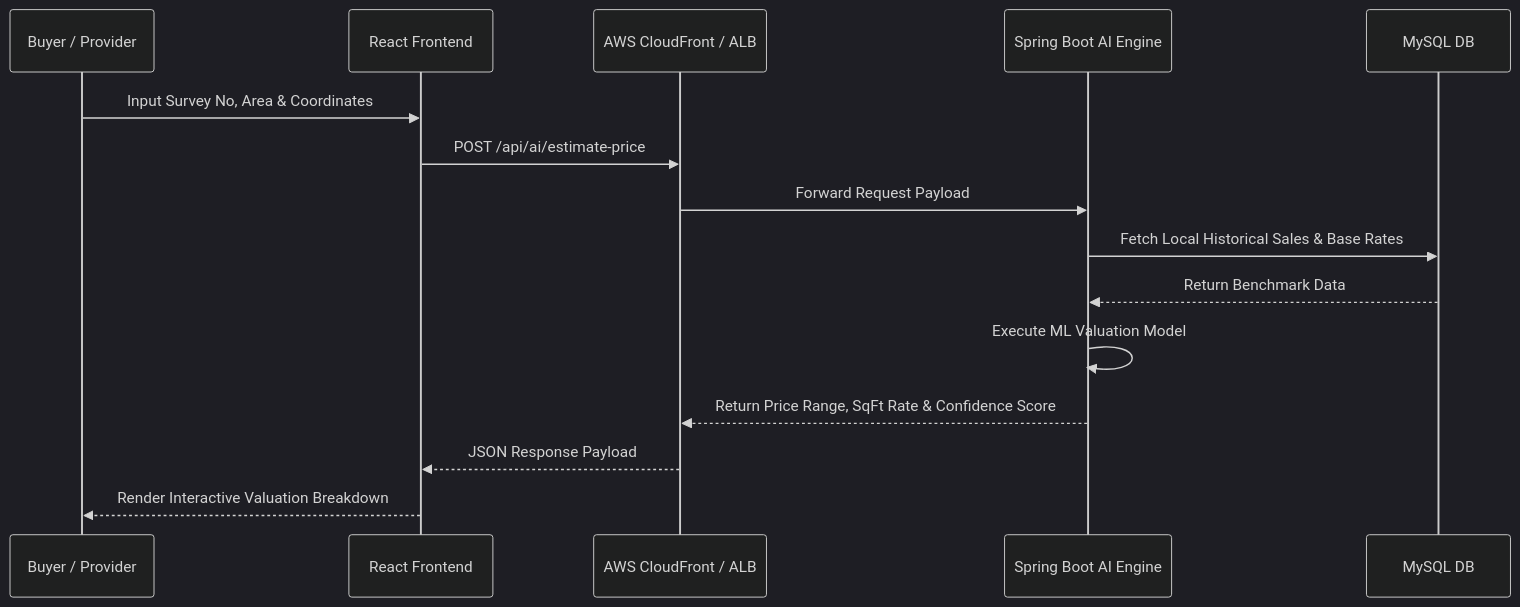
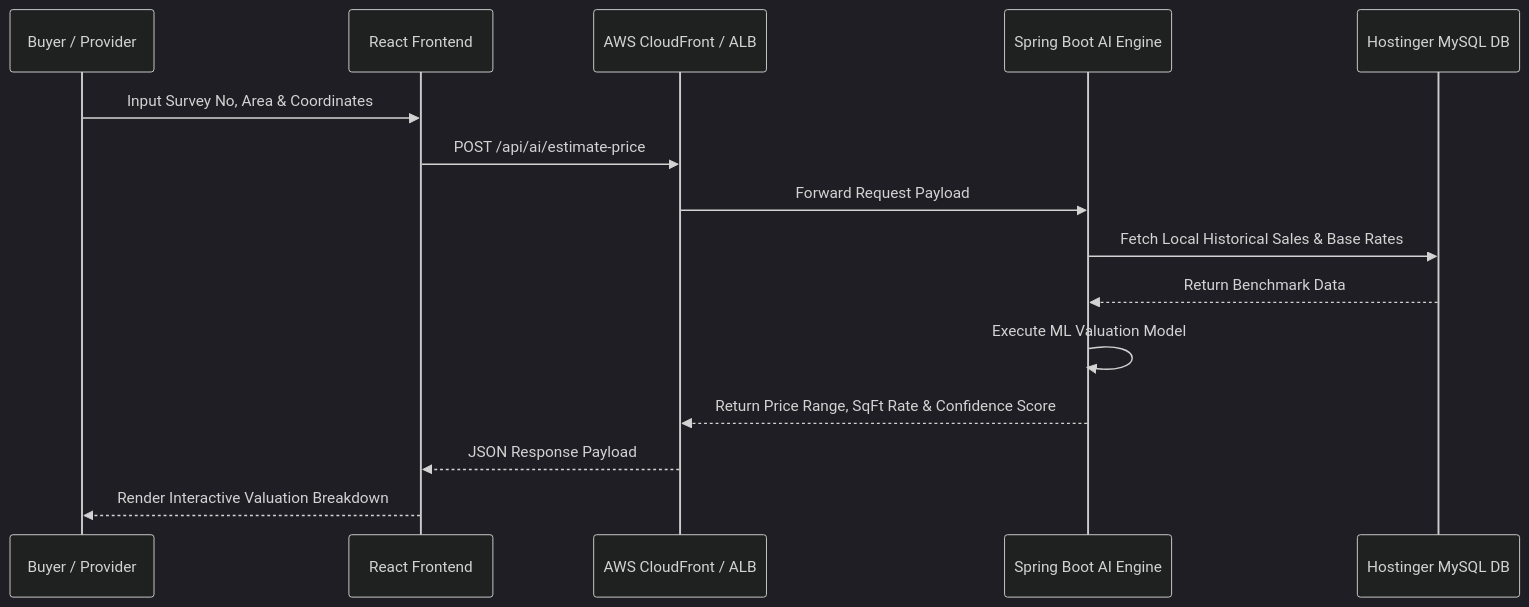
One commit to pavanstarkin-tech/LandLens changed the fourth of 5 diagrams in README.md. Above: the diagram before and after it, drawn with Mermaid (dark theme). The commit also changed other lines of this file, not shown here.

````diff
--- a/README.md
+++ b/README.md
@@ -228,18 +260,18 @@
 ```mermaid
 sequenceDiagram
     participant User as Buyer / Provider
     participant React as React Frontend
     participant Gateway as AWS CloudFront / ALB
     participant AI as Spring Boot AI Engine
-    participant DB as MySQL DB
+    participant DB as Hostinger MySQL DB
 
     User->>React: Input Survey No, Area & Coordinates
     React->>Gateway: POST /api/ai/estimate-price
     Gateway->>AI: Forward Request Payload
     AI->>DB: Fetch Local Historical Sales & Base Rates
     DB-->>AI: Return Benchmark Data
     AI->>AI: Execute ML Valuation Model
     AI-->>Gateway: Return Price Range, SqFt Rate & Confidence Score
     Gateway-->>React: JSON Response Payload
     React-->>User: Render Interactive Valuation Breakdown
 ```
````
